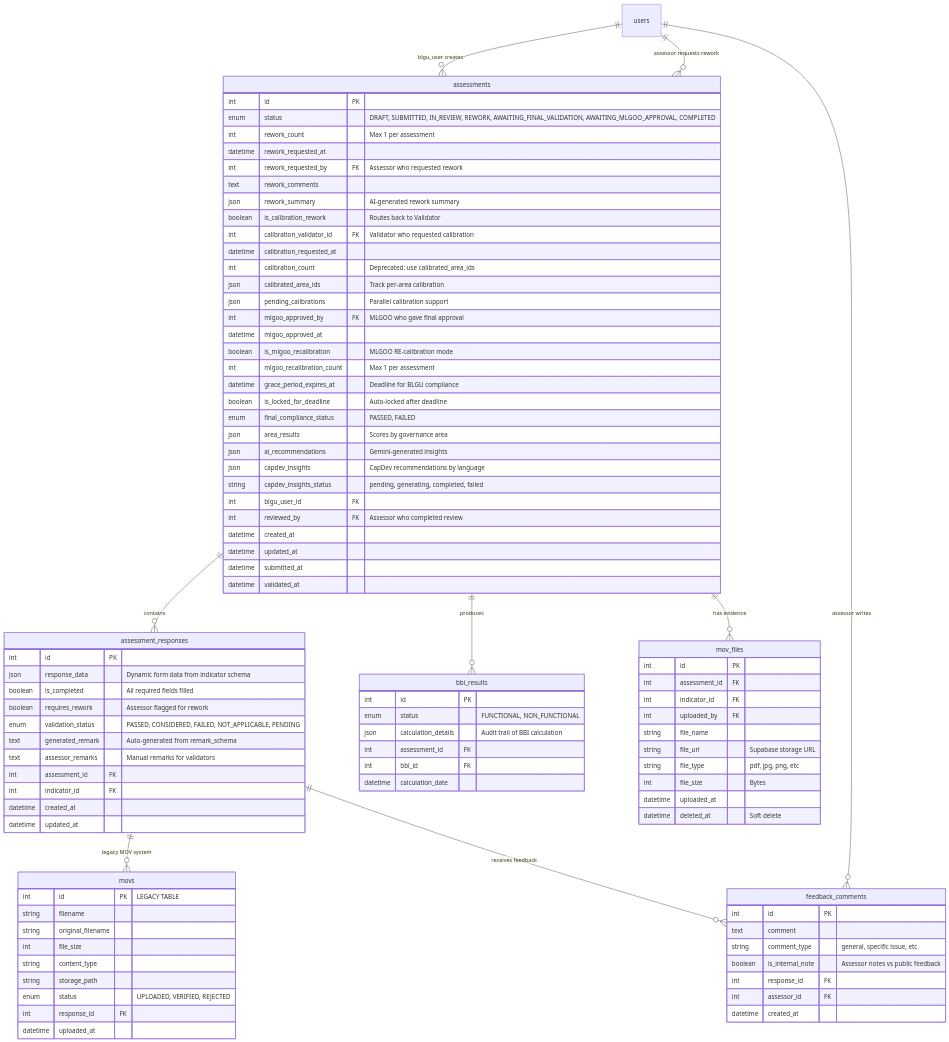
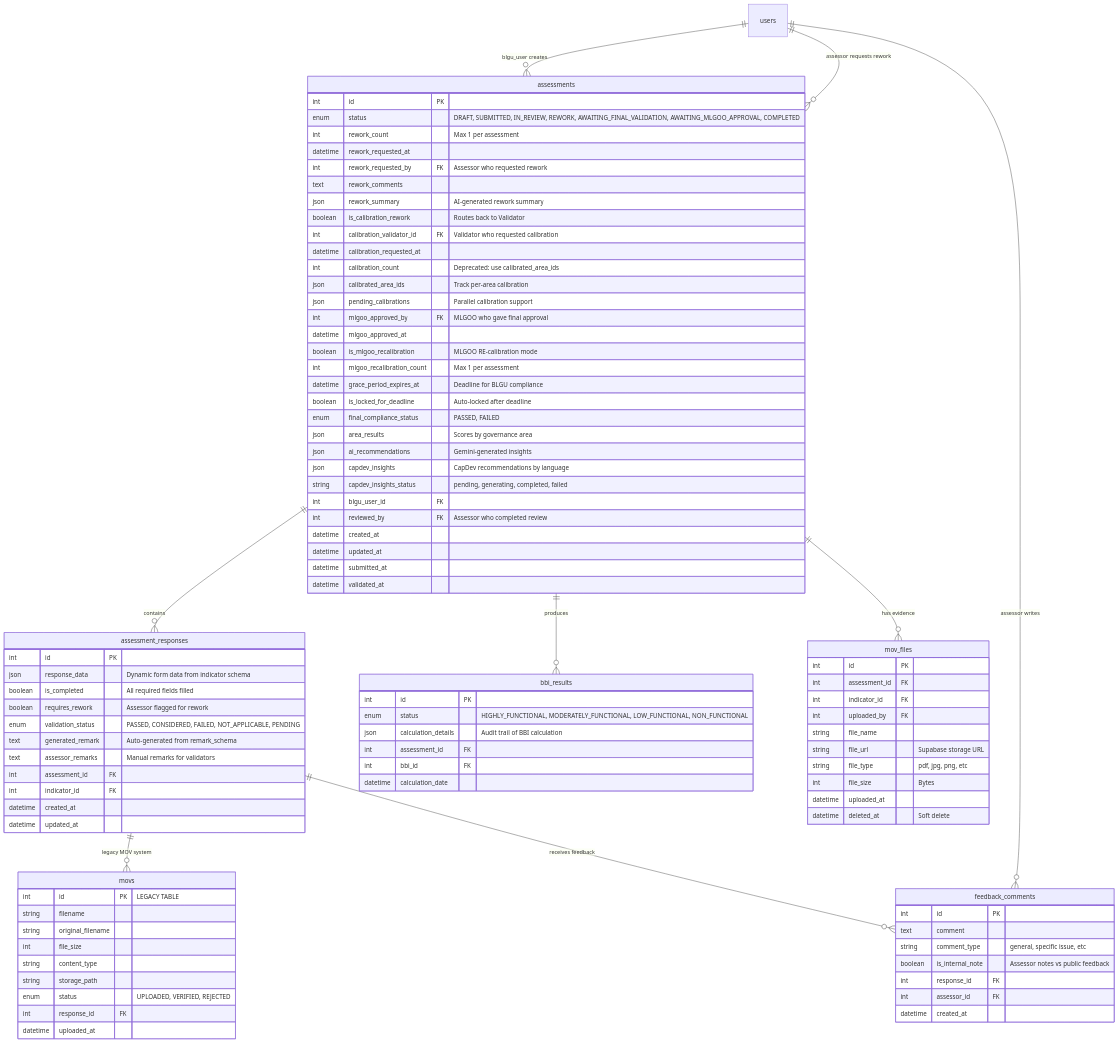
Before and after one commit to generyand/sinag: the fourth of 9 diagrams in docs/architecture/database-schema.md, drawn with Mermaid. The commit also changed other lines of this file and 10 other files, not shown here.

```diff
--- a/docs/architecture/database-schema.md
+++ b/docs/architecture/database-schema.md
@@ -604,7 +616,7 @@
 
     bbi_results {
         int id PK
-        enum status "FUNCTIONAL, NON_FUNCTIONAL"
+        enum status "HIGHLY_FUNCTIONAL, MODERATELY_FUNCTIONAL, LOW_FUNCTIONAL, NON_FUNCTIONAL"
         json calculation_details "Audit trail of BBI calculation"
         int assessment_id FK
         int bbi_id FK
```
